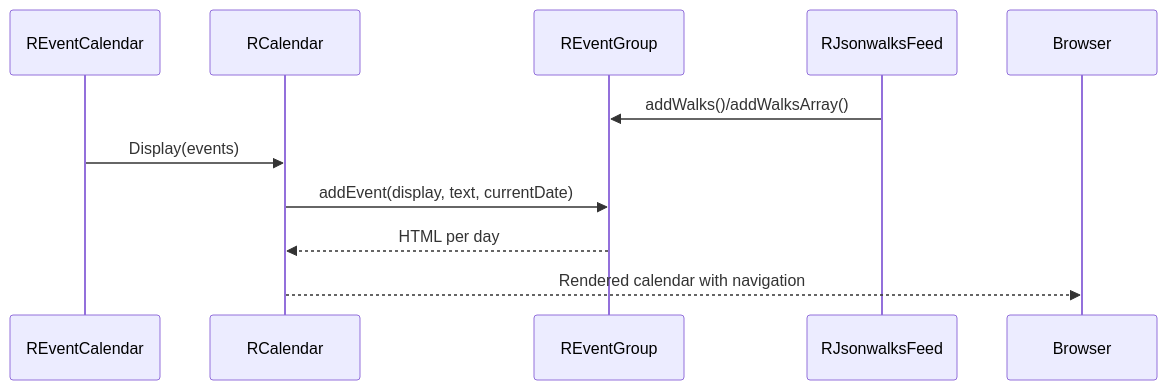
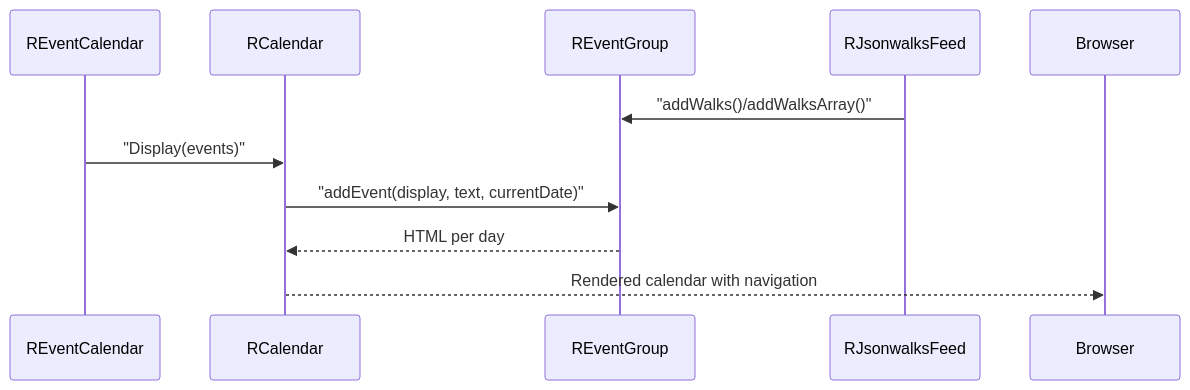
One commit to pauljrhodes/ramblers-library changed the second of 2 diagrams in calendar/HLD.md. Above: the diagram before and after it, drawn with Mermaid. The commit also changed other lines of this file and 33 other files, not shown here.

Commit message:
Normalize Mermaid diagrams for GitHub rendering

````diff
--- a/calendar/HLD.md
+++ b/calendar/HLD.md
@@ -51,14 +51,14 @@
 ```mermaid
 sequenceDiagram
     participant Adapter as REventCalendar
     participant Calendar as RCalendar
     participant Events as REventGroup
     participant Feed as RJsonwalksFeed
     participant Browser as Browser
 
-    Feed->>Events: addWalks()/addWalksArray()
-    Adapter->>Calendar: Display(events)
-    Calendar->>Events: addEvent(display, text, currentDate)
+    Feed->>Events: "addWalks()/addWalksArray()"
+    Adapter->>Calendar: "Display(events)"
+    Calendar->>Events: "addEvent(display, text, currentDate)"
     Events-->>Calendar: HTML per day
     Calendar-->>Browser: Rendered calendar with navigation
 ```
````
